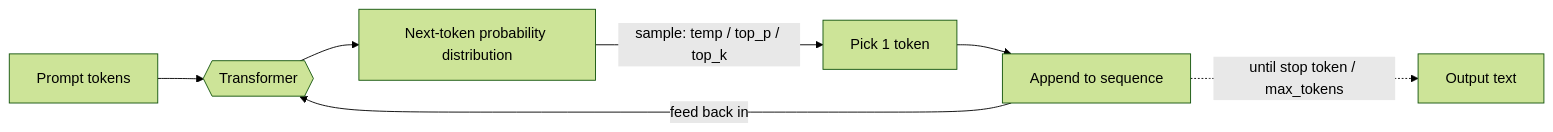
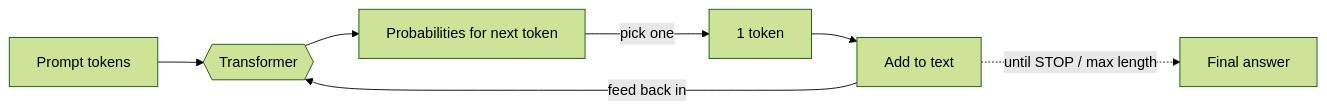
One commit to Vnd443/agentic-ai-interview-prep changed the first of 4 diagrams in 01-llm-foundations/concepts.md. Above: the diagram before and after it, drawn with Mermaid (forest theme). The commit also changed other lines of this file and 4 other files, not shown here.

````diff
--- a/01-llm-foundations/concepts.md
+++ b/01-llm-foundations/concepts.md
@@ -9,9 +105,9 @@
 ```mermaid
 flowchart LR
     P[Prompt tokens] --> M{{Transformer}}
-    M --> D[Next-token probability distribution]
-    D -->|sample: temp / top_p / top_k| T[Pick 1 token]
-    T --> A[Append to sequence]
+    M --> D[Probabilities for next token]
+    D -->|pick one| T[1 token]
+    T --> A[Add to text]
     A -->|feed back in| M
-    A -.->|until stop token / max_tokens| O[Output text]
+    A -.->|until STOP / max length| O[Final answer]
 ```
````
